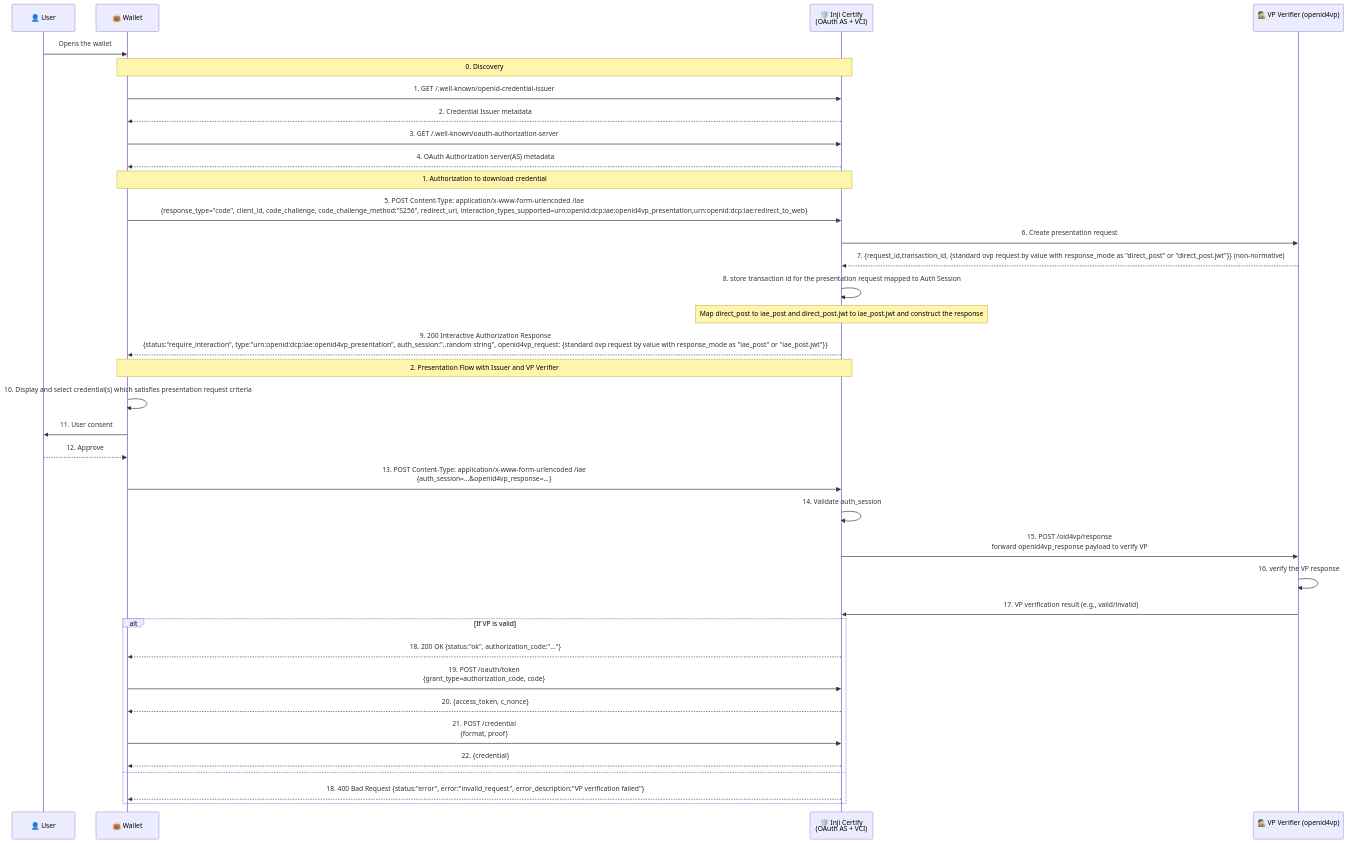
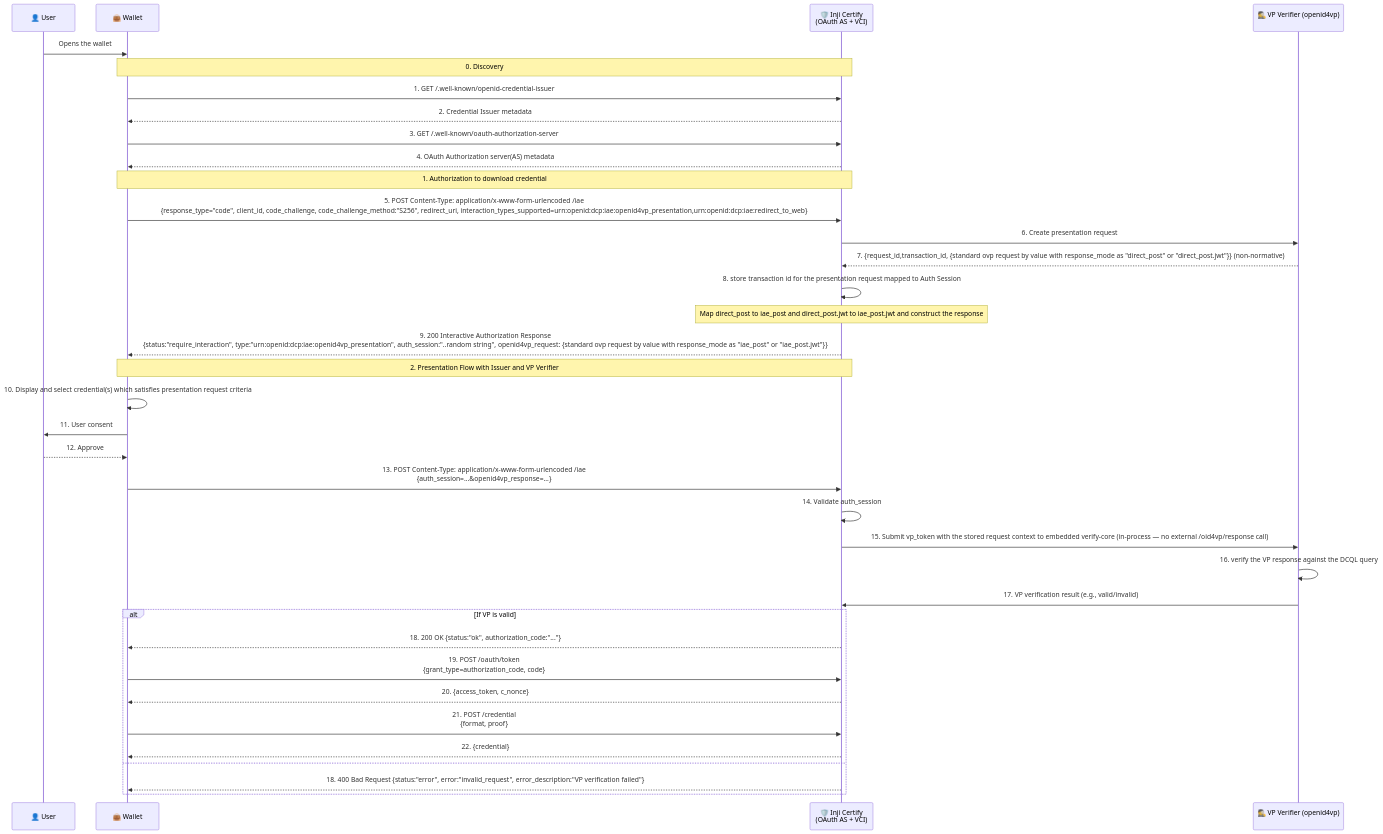
One commit to Infosys/inji-certify changed the diagram in docs/technical_docs/Presentation_During_Issuance.md. Above: the diagram before and after it, drawn with Mermaid. The commit also changed other lines of this file and 3 other files, not shown here.

````diff
--- a/docs/technical_docs/Presentation_During_Issuance.md
+++ b/docs/technical_docs/Presentation_During_Issuance.md
@@ -35,43 +35,43 @@
 ```mermaid
 sequenceDiagram
     participant U as 👤 User
     participant W as 👜 Wallet
     participant IC as 🛡️ Inji Certify<br/>(OAuth AS + VCI)
     participant IVP as 🕵️ VP Verifier (openid4vp)<br/>
 
     U->>W: Opens the wallet
     Note over W,IC: 0. Discovery
     W->>IC: 1. GET /.well-known/openid-credential-issuer
     IC-->>W: 2. Credential Issuer metadata
     W->>IC: 3. GET /.well-known/oauth-authorization-server
     IC-->>W: 4. OAuth Authorization server(AS) metadata 
     
     Note over W,IC: 1. Authorization to download credential
     W->>IC: 5. POST Content-Type: application/x-www-form-urlencoded /iae<br/>{response_type="code", client_id, code_challenge, code_challenge_method:"S256", redirect_uri, interaction_types_supported=urn:openid:dcp:iae:openid4vp_presentation,urn:openid:dcp:iae:redirect_to_web}
     IC->>IVP: 6. Create presentation request
     IVP-->>IC: 7. {request_id,transaction_id, {standard ovp request by value with response_mode as "direct_post" or "direct_post.jwt"}} (non-normative)
     IC->>IC: 8. store transaction id for the presentation request mapped to Auth Session
     Note over IC: Map direct_post to iae_post and direct_post.jwt to iae_post.jwt and construct the response
     IC-->>W: 9. 200 Interactive Authorization Response<br/>{status:"require_interaction", type:"urn:openid:dcp:iae:openid4vp_presentation", auth_session:"..random string", openid4vp_request: {standard ovp request by value with response_mode as "iae_post" or "iae_post.jwt"}}
     
     Note over W,IC: 2. Presentation Flow with Issuer and VP Verifier
     W->>W: 10. Display and select credential(s) which satisfies presentation request criteria
     W->>U: 11. User consent
     U-->>W: 12. Approve
     W->>IC: 13. POST Content-Type: application/x-www-form-urlencoded /iae<br/>{auth_session=...&openid4vp_response=...}
     IC->>IC: 14. Validate auth_session
-    IC->>IVP: 15. POST /oid4vp/response<br/>forward openid4vp_response payload to verify VP
-    IVP->>IVP: 16. verify the VP response
+    IC->>IVP: 15. Submit vp_token with the stored request context to embedded verify-core (in-process — no external /oid4vp/response call)
+    IVP->>IVP: 16. verify the VP response against the DCQL query
     IVP->>IC: 17. VP verification result (e.g., valid/invalid)
     
     alt If VP is valid 
             IC-->>W: 18. 200 OK {status:"ok", authorization_code:"..."}
             W->>IC: 19. POST /oauth/token<br/>{grant_type=authorization_code, code}
             IC-->>W: 20. {access_token, c_nonce}
             W->>IC: 21. POST /credential<br/>{format, proof}
             IC-->>W: 22. {credential}
     else
             IC-->>W: 18. 400 Bad Request {status:"error", error:"invalid_request", error_description:"VP verification failed"}
     end
     
 ```
````
